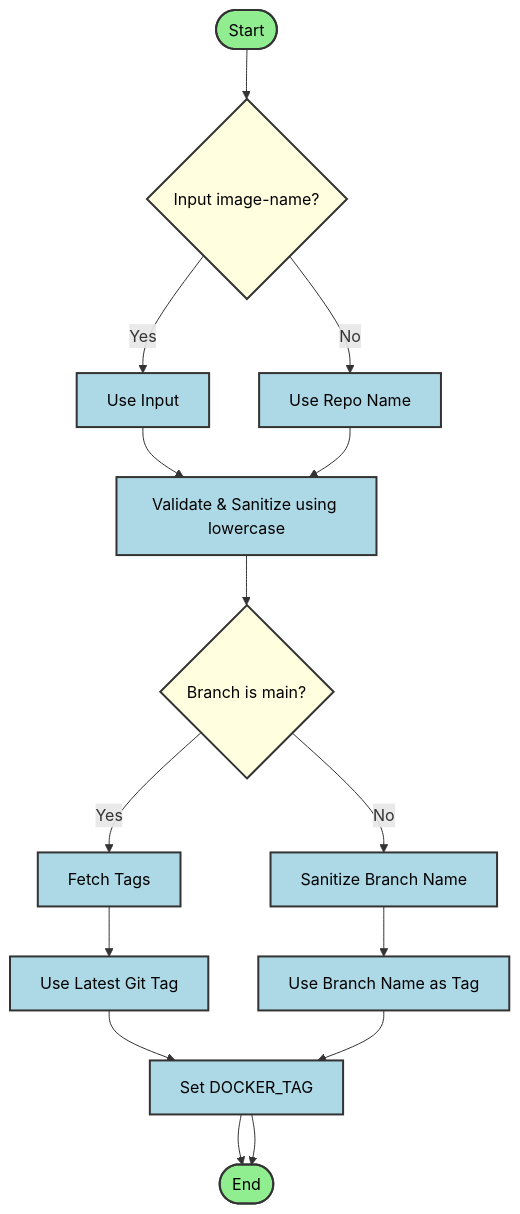
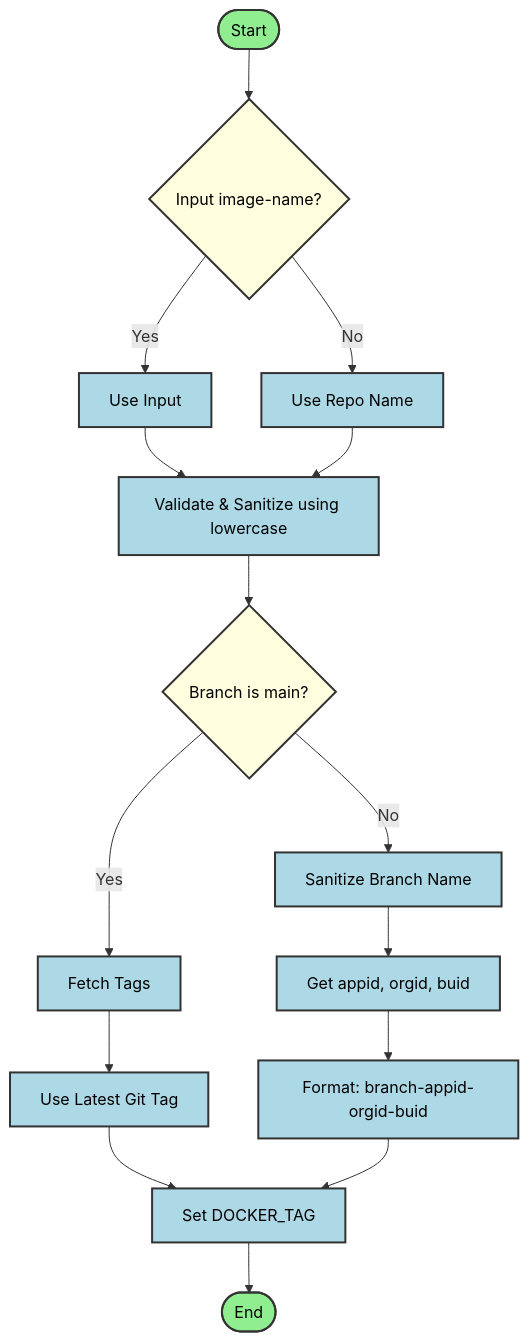
One commit to orbitcluster/oc-cicd-docker-build-workflow changed the diagram in README.md. Above: the diagram before and after it, drawn with Mermaid. The commit also changed other lines of this file, not shown here.

Commit message:
feat: add reusable pipeline workflow and update action inputs

````diff
--- a/README.md
+++ b/README.md
@@ -40,26 +42,25 @@
 ```mermaid
 flowchart TD
     Start([Start]) --> InputImage{Input image-name?}
     InputImage -- Yes --> UseInput[Use Input]
     InputImage -- No --> UseRepo[Use Repo Name]
     UseInput --> Validate[Validate & Sanitize using lowercase]
     UseRepo --> Validate
     Validate --> CheckBranch{Branch is main?}
     CheckBranch -- Yes --> FetchTags[Fetch Tags]
     FetchTags --> LatestTag[Use Latest Git Tag]
     LatestTag --> Output[Set DOCKER_TAG]
     CheckBranch -- No --> SanitizeBranch[Sanitize Branch Name]
-    SanitizeBranch --> BranchTag[Use Branch Name as Tag]
-    BranchTag --> Output
-    Output --> End([End])
-
+    SanitizeBranch --> GetIDs[Get appid, orgid, buid]
+    GetIDs --> FormatTag[Format: branch-appid-orgid-buid]
+    FormatTag --> Output
     Output --> End([End])
 
     classDef startend fill:#90EE90,stroke:#333,stroke-width:2px,color:#000;
     classDef process fill:#ADD8E6,stroke:#333,stroke-width:2px,color:#000;
     classDef decision fill:#FFFFE0,stroke:#333,stroke-width:2px,color:#000;
 
     class Start,End startend;
-    class UseInput,UseRepo,Validate,FetchTags,LatestTag,Output,SanitizeBranch,BranchTag process;
+    class UseInput,UseRepo,Validate,FetchTags,LatestTag,Output,SanitizeBranch,GetIDs,FormatTag process;
     class InputImage,CheckBranch decision;
 ```
````
